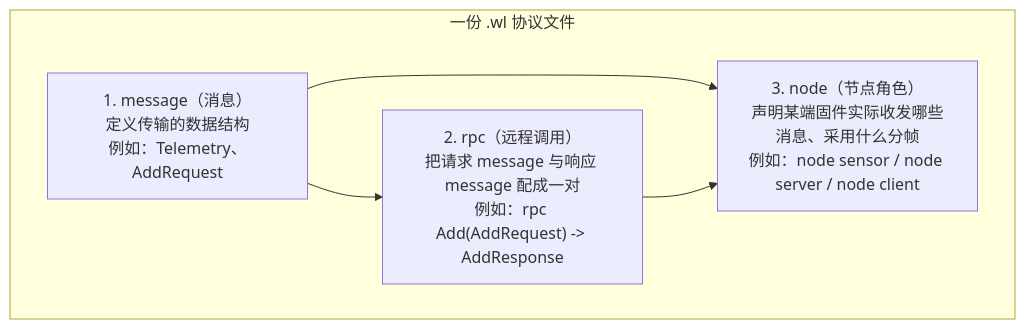
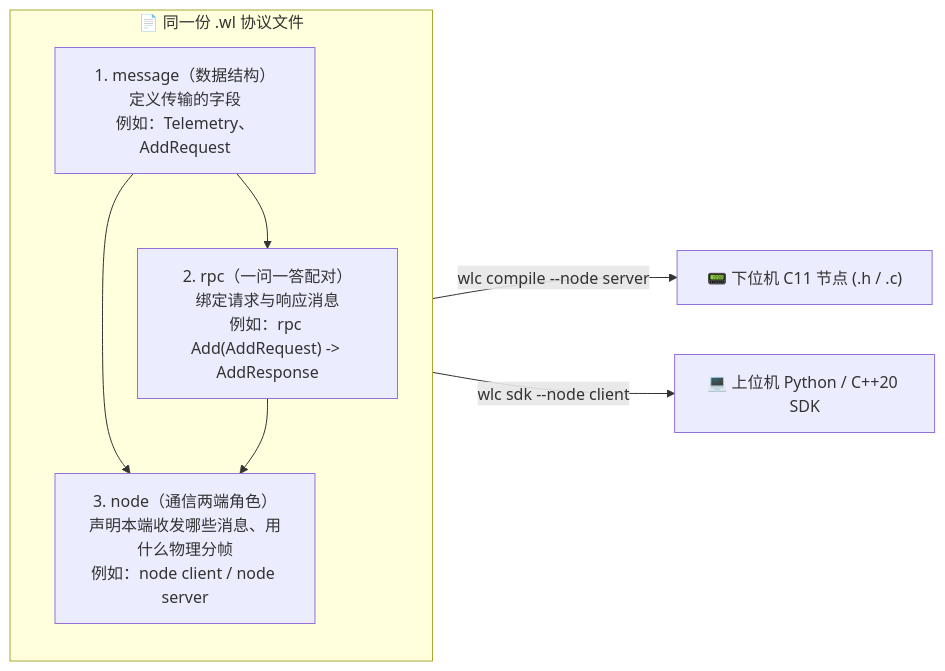
One commit to starwey604/wirelink changed the first of 2 diagrams in site/src/content/docs/zh-cn/overview/what-is-wirelink.mdx. Above: the diagram before and after it, drawn with Mermaid. The commit also changed other lines of this file and 14 other files, not shown here.

````diff
--- a/site/src/content/docs/zh-cn/overview/what-is-wirelink.mdx
+++ b/site/src/content/docs/zh-cn/overview/what-is-wirelink.mdx
@@ -23,11 +23,14 @@
 ```mermaid
-flowchart TB
-  subgraph WL["一份 .wl 协议文件"]
-    M["1. message（消息）<br/>定义传输的数据结构<br/>例如：Telemetry、AddRequest"]
-    R["2. rpc（远程调用）<br/>把请求 message 与响应 message 配成一对<br/>例如：rpc Add(AddRequest) -> AddResponse"]
-    N["3. node（节点角色）<br/>声明某端固件实际收发哪些消息、采用什么分帧<br/>例如：node sensor / node server / node client"]
+flowchart LR
+  subgraph WL["📄 同一份 .wl 协议文件"]
+    direction TB
+    M["1. message（数据结构）<br/>定义传输的字段<br/>例如：Telemetry、AddRequest"]
+    R["2. rpc（一问一答配对）<br/>绑定请求与响应消息<br/>例如：rpc Add(AddRequest) -> AddResponse"]
+    N["3. node（通信两端角色）<br/>声明本端收发哪些消息、用什么物理分帧<br/>例如：node client / node server"]
     M --> R
     M --> N
     R --> N
   end
+  WL -->|"wlc compile --node server"| MCU["📟 下位机 C11 节点 (.h / .c)"]
+  WL -->|"wlc sdk --node client"| Host["💻 上位机 Python / C++20 SDK"]
 ```
````
